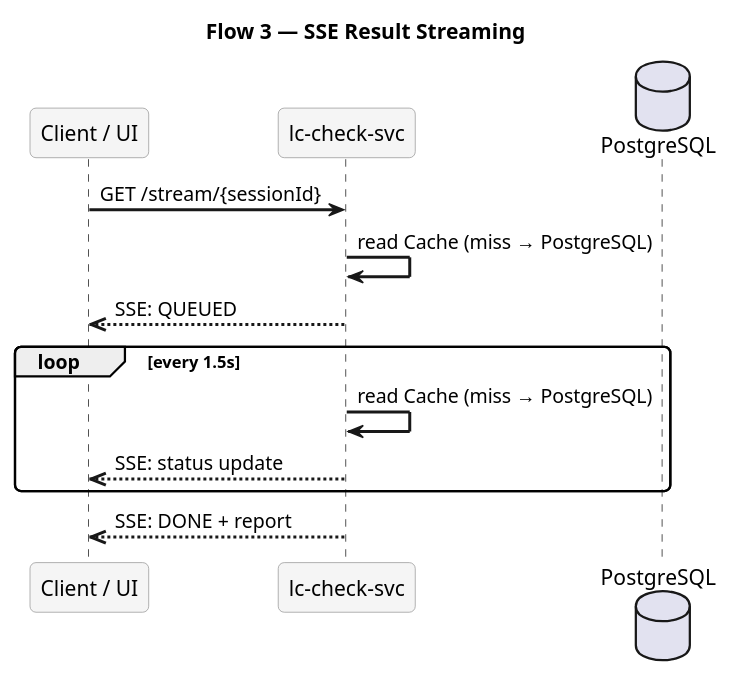
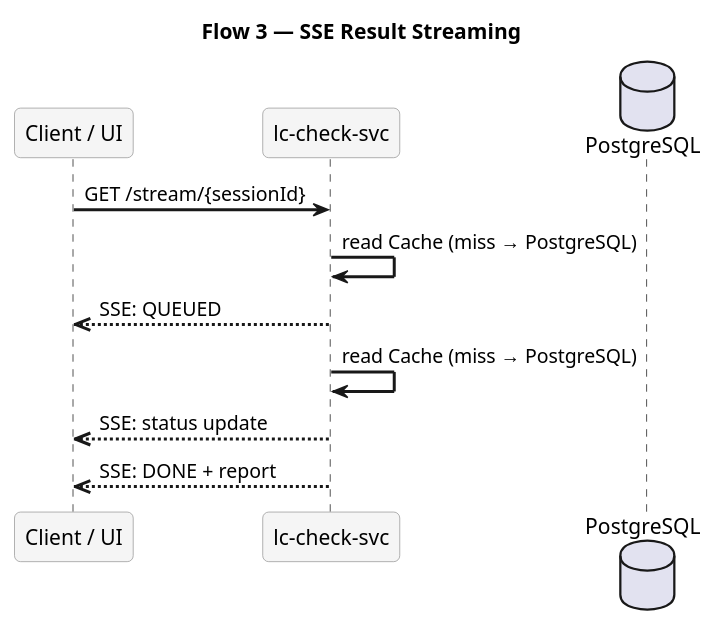
Before and after one commit to smile-rr/lc-invoice-checker: the diagram in docs/diagrams/flow-3-sse-stream.puml, drawn with PlantUML. The commit also changed 1 other file, not shown here.

Commit message:
refactor: simplify SSE status update flow by removing redundant loop

```diff
--- a/docs/diagrams/flow-3-sse-stream.puml
+++ b/docs/diagrams/flow-3-sse-stream.puml
@@ -1,23 +1,19 @@
 @startuml flow-3-sse-stream
 title Flow 3 — SSE Result Streaming
 
 skinparam sequenceArrowThickness 2
 skinparam roundcorner 8
 skinparam sequenceParticipantBackgroundColor #F5F5F5
 skinparam sequenceParticipantBorderColor #999999
 
 participant "Client / UI" as C
 participant "lc-check-svc" as API
 database "PostgreSQL" as DB
 
 C -> API: GET /stream/{sessionId}
 API -> API: read Cache (miss → PostgreSQL)
 API -->> C: SSE: QUEUED
-
-loop every 1.5s
-    API -> API: read Cache (miss → PostgreSQL)
-    API -->> C: SSE: status update
-end
-
+API -> API: read Cache (miss → PostgreSQL)
+API -->> C: SSE: status update
 API -->> C: SSE: DONE + report
 @enduml
```
